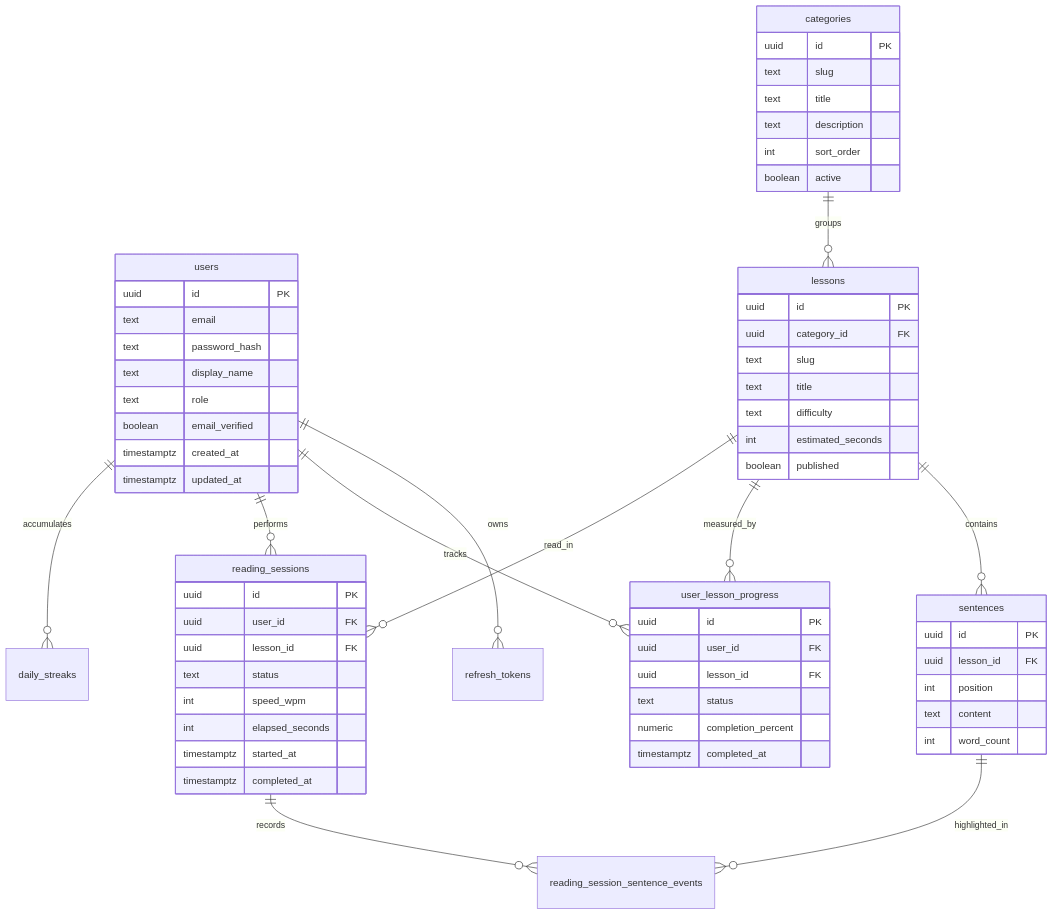
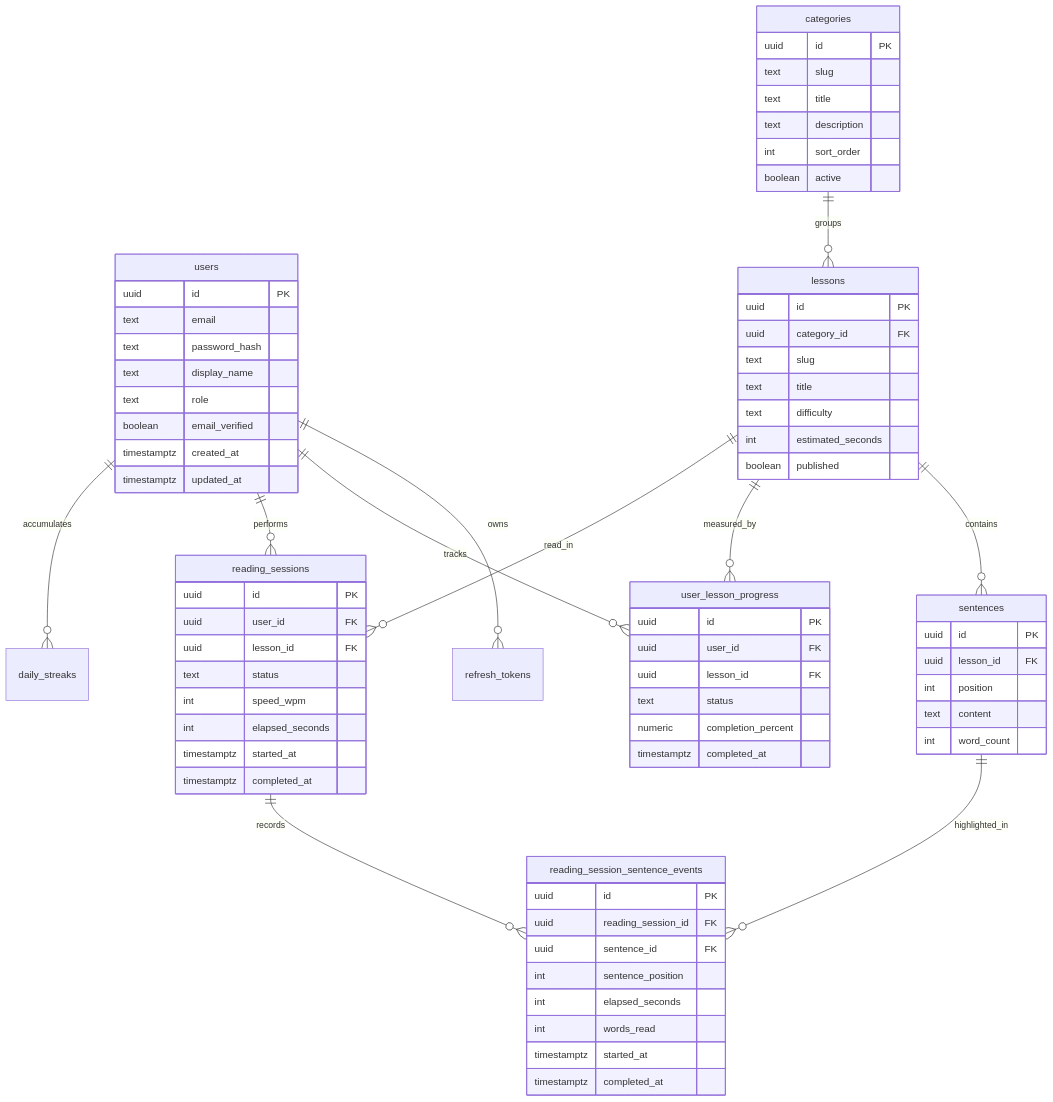
One commit to shekharmaity/english-coach changed the diagram in docs/DATABASE.md. Above: the diagram before and after it, drawn with Mermaid. The commit also changed other lines of this file and 10 other files, not shown here.

Commit message:
feat: database schema

````diff
--- a/docs/DATABASE.md
+++ b/docs/DATABASE.md
@@ -18,71 +18,82 @@
 ```mermaid
 erDiagram
   users ||--o{ refresh_tokens : owns
   users ||--o{ user_lesson_progress : tracks
   users ||--o{ reading_sessions : performs
   users ||--o{ daily_streaks : accumulates
   categories ||--o{ lessons : groups
   lessons ||--o{ sentences : contains
   lessons ||--o{ user_lesson_progress : measured_by
   lessons ||--o{ reading_sessions : read_in
   sentences ||--o{ reading_session_sentence_events : highlighted_in
   reading_sessions ||--o{ reading_session_sentence_events : records
 
   users {
     uuid id PK
     text email
     text password_hash
     text display_name
     text role
     boolean email_verified
     timestamptz created_at
     timestamptz updated_at
   }
 
   categories {
     uuid id PK
     text slug
     text title
     text description
     int sort_order
     boolean active
   }
 
   lessons {
     uuid id PK
     uuid category_id FK
     text slug
     text title
     text difficulty
     int estimated_seconds
     boolean published
   }
 
   sentences {
     uuid id PK
     uuid lesson_id FK
     int position
     text content
     int word_count
   }
 
   user_lesson_progress {
     uuid id PK
     uuid user_id FK
     uuid lesson_id FK
     text status
     numeric completion_percent
     timestamptz completed_at
   }
 
   reading_sessions {
     uuid id PK
     uuid user_id FK
     uuid lesson_id FK
     text status
     int speed_wpm
     int elapsed_seconds
     timestamptz started_at
     timestamptz completed_at
   }
+
+  reading_session_sentence_events {
+    uuid id PK
+    uuid reading_session_id FK
+    uuid sentence_id FK
+    int sentence_position
+    int elapsed_seconds
+    int words_read
+    timestamptz started_at
+    timestamptz completed_at
+  }
 ```
````
